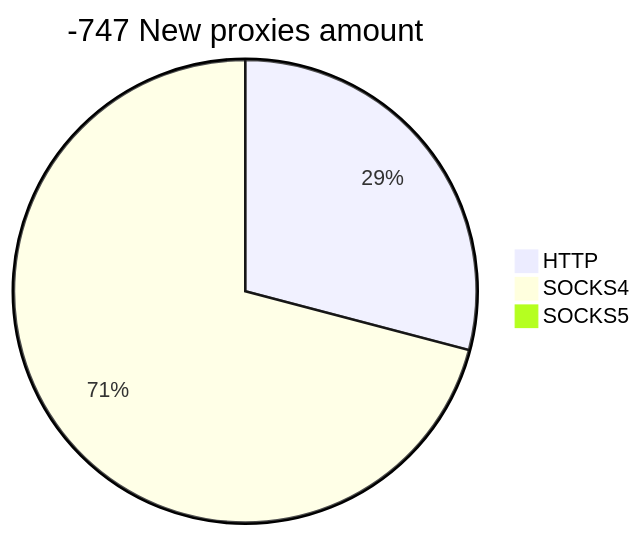
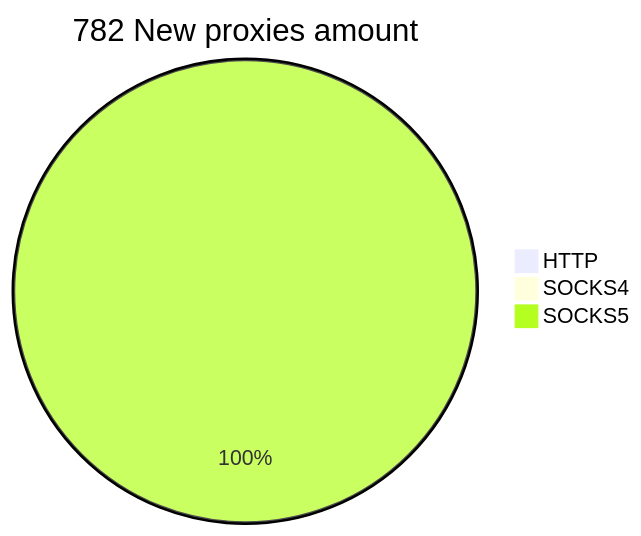
One commit to cutipu/proxylist changed the second of 2 diagrams in README.md. Above: the diagram before and after it, drawn with Mermaid. The commit also changed other lines of this file, not shown here.

````diff
--- a/README.md
+++ b/README.md
@@ -10,6 +10,6 @@
 ```mermaid
-pie title -747 New proxies amount
-    "HTTP" : 16
-    "SOCKS4" : 39
-    "SOCKS5" : 0
+pie title 782 New proxies amount
+    "HTTP" : 0
+    "SOCKS4" : 1
+    "SOCKS5" : 835
 ```
````
